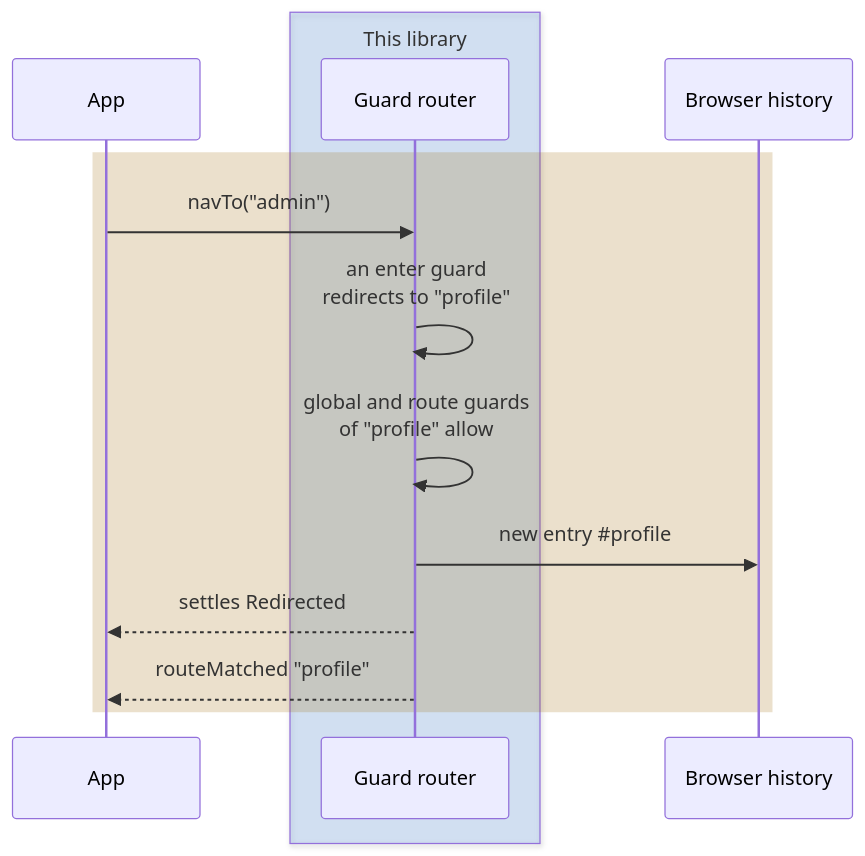
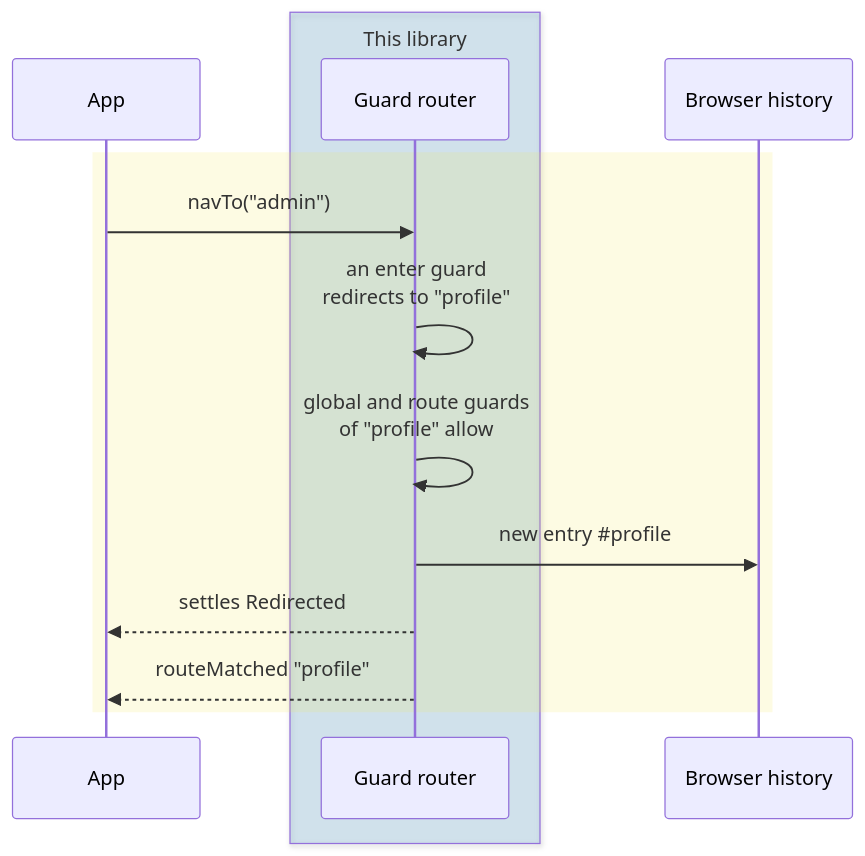
One commit to wridgeu/ui5-lib-guard-router changed the sixth of 9 diagrams in packages/lib/README.md. Above: the diagram before and after it, drawn with Mermaid. The commit also changed other lines of this file and 4 other files, not shown here.

First line of the commit message:
docs: take the diagram colours from the Okabe-Ito set and mark each outcome with a symbol

````diff
--- a/packages/lib/README.md
+++ b/packages/lib/README.md
@@ -1209,16 +1209,16 @@
 ```mermaid
 sequenceDiagram
     participant App
-    box rgba(9, 105, 218, 0.15) This library
+    box rgba(0, 114, 178, 0.15) This library
         participant Router as Guard router
     end
     participant History as Browser history
-    rect rgba(154, 103, 0, 0.2)
+    rect rgba(240, 228, 66, 0.15)
         App->>Router: navTo("admin")
         Router->>Router: an enter guard<br/>redirects to "profile"
         Router->>Router: global and route guards<br/>of "profile" allow
         Router->>History: new entry #35;profile
         Router-->>App: settles Redirected
         Router-->>App: routeMatched "profile"
     end
 ```
````
